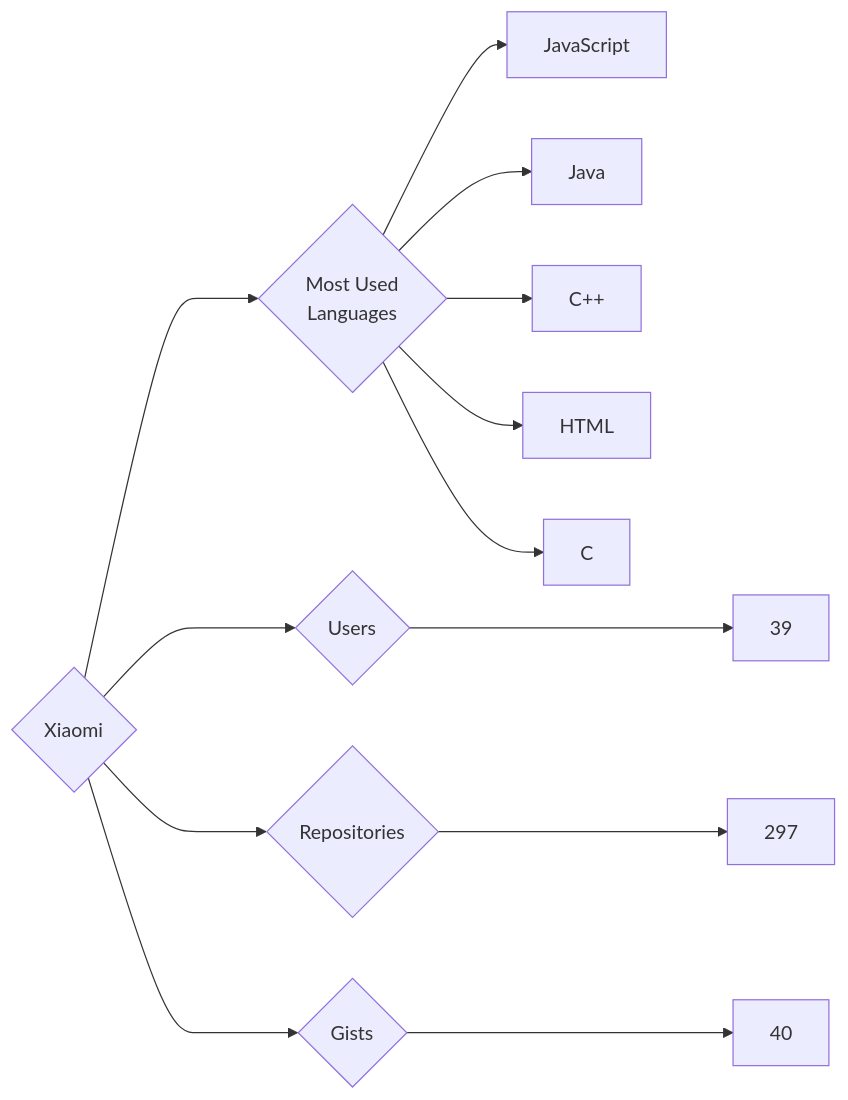
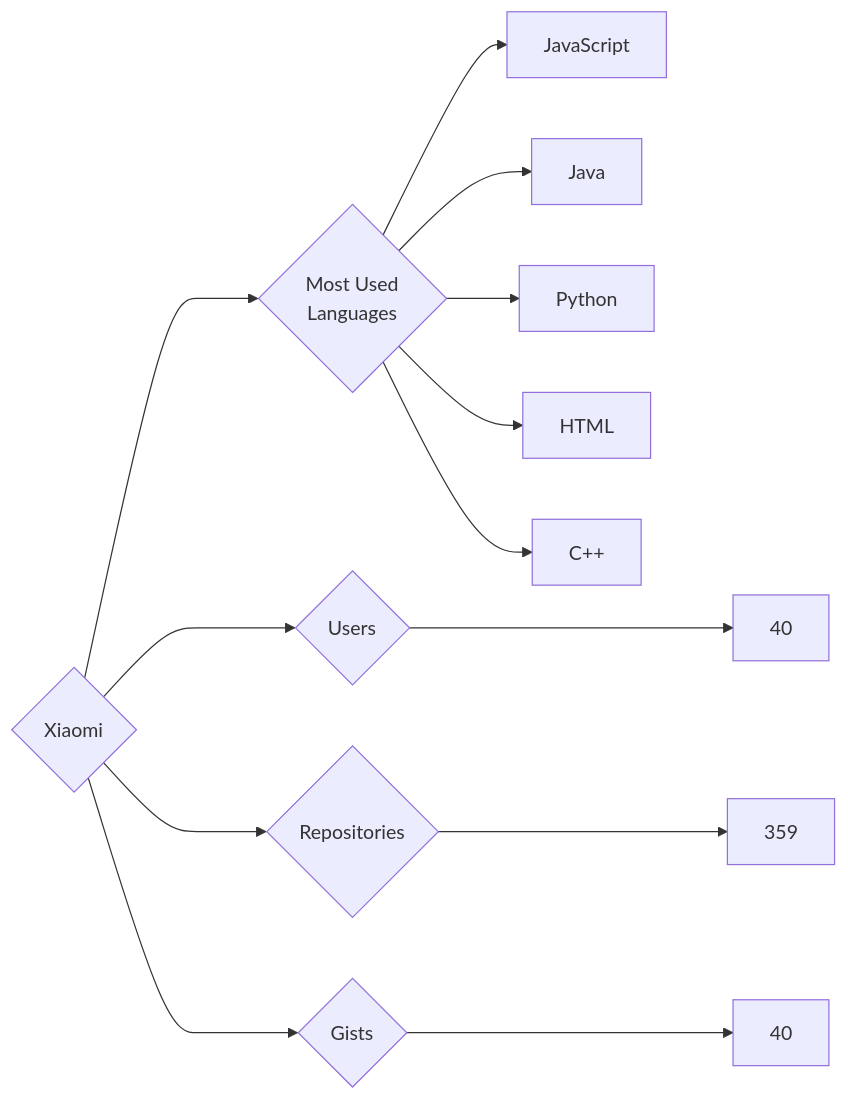
One commit to trickest/insiders changed the diagram in targets/Xiaomi/README.md. Above: the diagram before and after it, drawn with Mermaid. The commit also changed 823 other files, not shown here.

````diff
--- a/targets/Xiaomi/README.md
+++ b/targets/Xiaomi/README.md
@@ -3,13 +3,13 @@
 ```mermaid
 graph LR
 COMPANY_NAME{Xiaomi}
-COMPANY_NAME ---> U{Users} ---> UN[39]
-COMPANY_NAME ---> R{Repositories} ---> RN[297]
+COMPANY_NAME ---> U{Users} ---> UN[40]
+COMPANY_NAME ---> R{Repositories} ---> RN[359]
 COMPANY_NAME ---> G{Gists} ---> GN[40]
 COMPANY_NAME ---> ML{Most Used<br>Languages}
 ML --> JavaScript[JavaScript]
 ML --> Java[Java]
+ML --> Python[Python]
+ML --> HTML[HTML]
 ML --> C++[C++]
-ML --> HTML[HTML]
-ML --> C[C]
 ```
````
